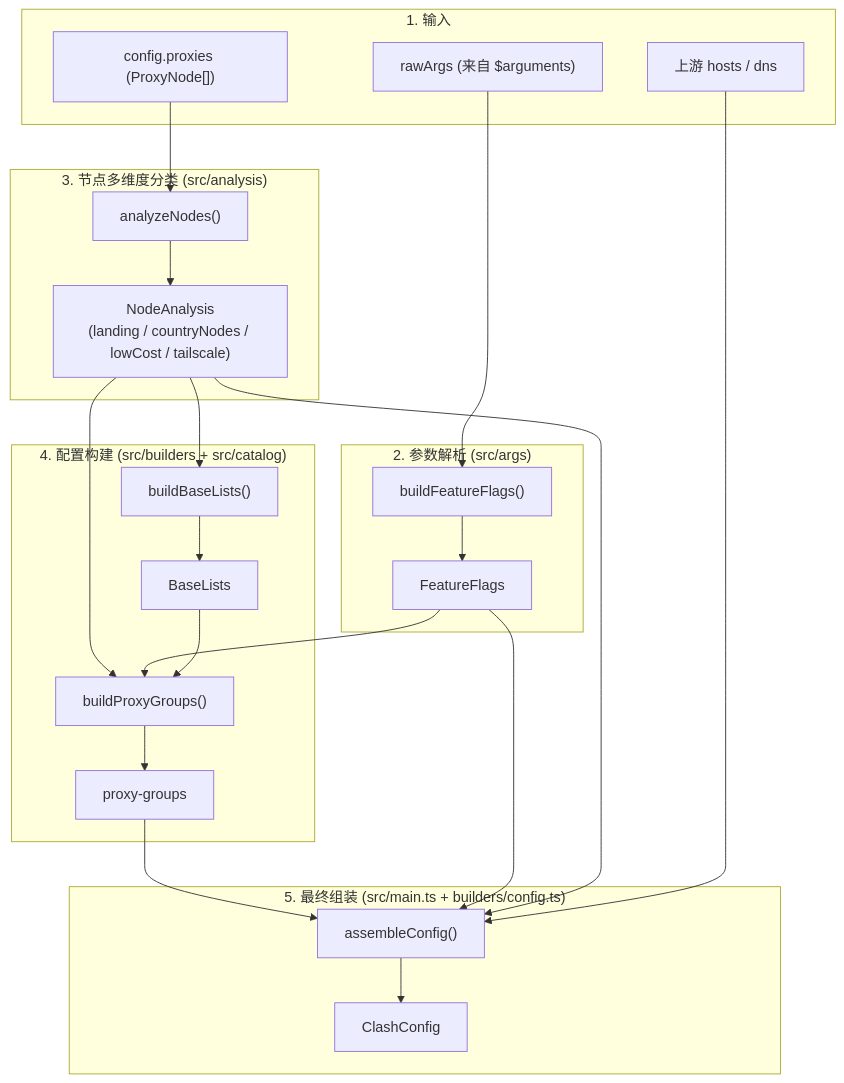
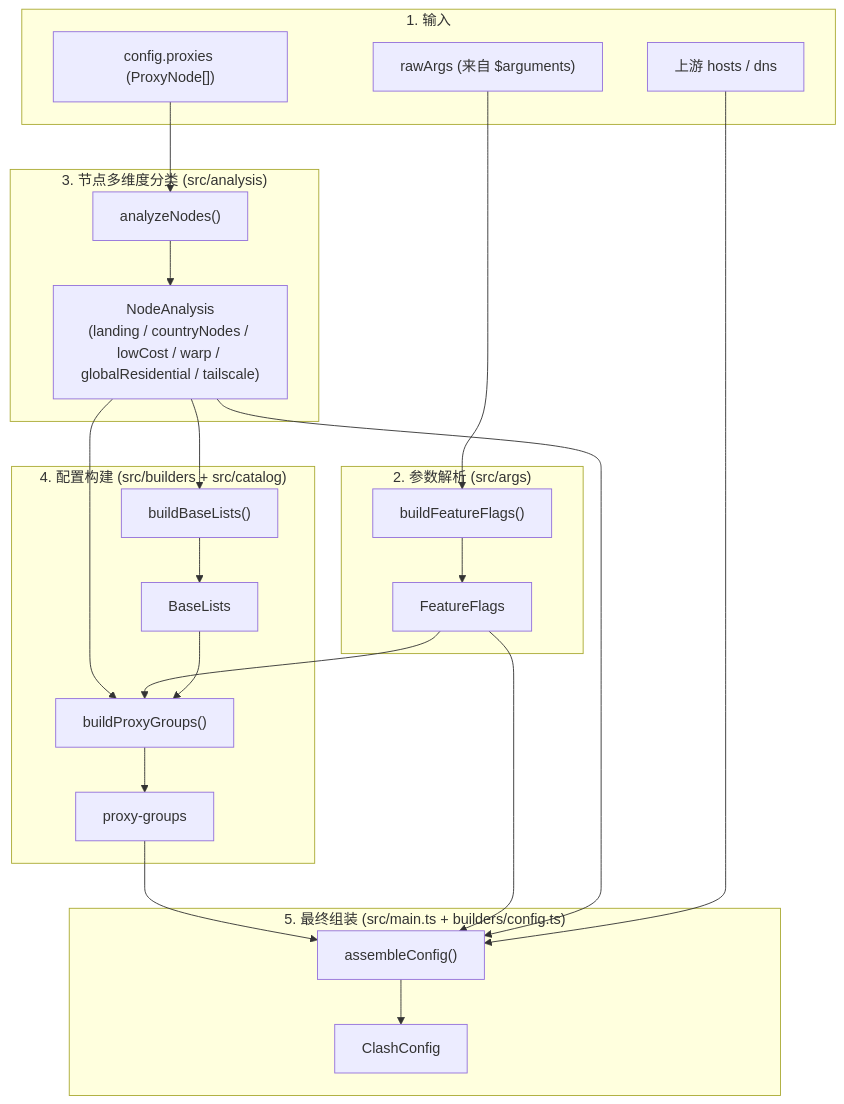
Before and after one commit to Ogannesson/override-rules: the diagram in docs/ARCHITECTURE.md, drawn with Mermaid. The commit also changed other lines of this file and 1 other file, not shown here.

````diff
--- a/docs/ARCHITECTURE.md
+++ b/docs/ARCHITECTURE.md
@@ -13,35 +13,35 @@
 ```mermaid
 flowchart TD
     subgraph Input["1. 输入"]
         CP["config.proxies (ProxyNode[])"]
         UP["上游 hosts / dns"]
         RA["rawArgs (来自 $arguments)"]
     end
 
     subgraph Args["2. 参数解析 (src/args)"]
         RA --> BFF["buildFeatureFlags()"]
         BFF --> FF["FeatureFlags"]
     end
 
     subgraph Parser["3. 节点多维度分类 (src/analysis)"]
         CP --> AN["analyzeNodes()"]
-        AN --> NA["NodeAnalysis<br/>(landing / countryNodes / lowCost / tailscale)"]
+        AN --> NA["NodeAnalysis<br/>(landing / countryNodes / lowCost / warp / globalResidential / tailscale)"]
     end
 
     subgraph Builders["4. 配置构建 (src/builders + src/catalog)"]
         NA --> BBL["buildBaseLists()"]
         NA --> BPG["buildProxyGroups()"]
         FF --> BPG
         BBL --> BL["BaseLists"]
         BL --> BPG
         BPG --> PG["proxy-groups"]
     end
 
     subgraph Output["5. 最终组装 (src/main.ts + builders/config.ts)"]
         PG --> AC["assembleConfig()"]
         FF --> AC
         NA --> AC
         UP --> AC
         AC --> FINAL["ClashConfig"]
     end
 ```
````
